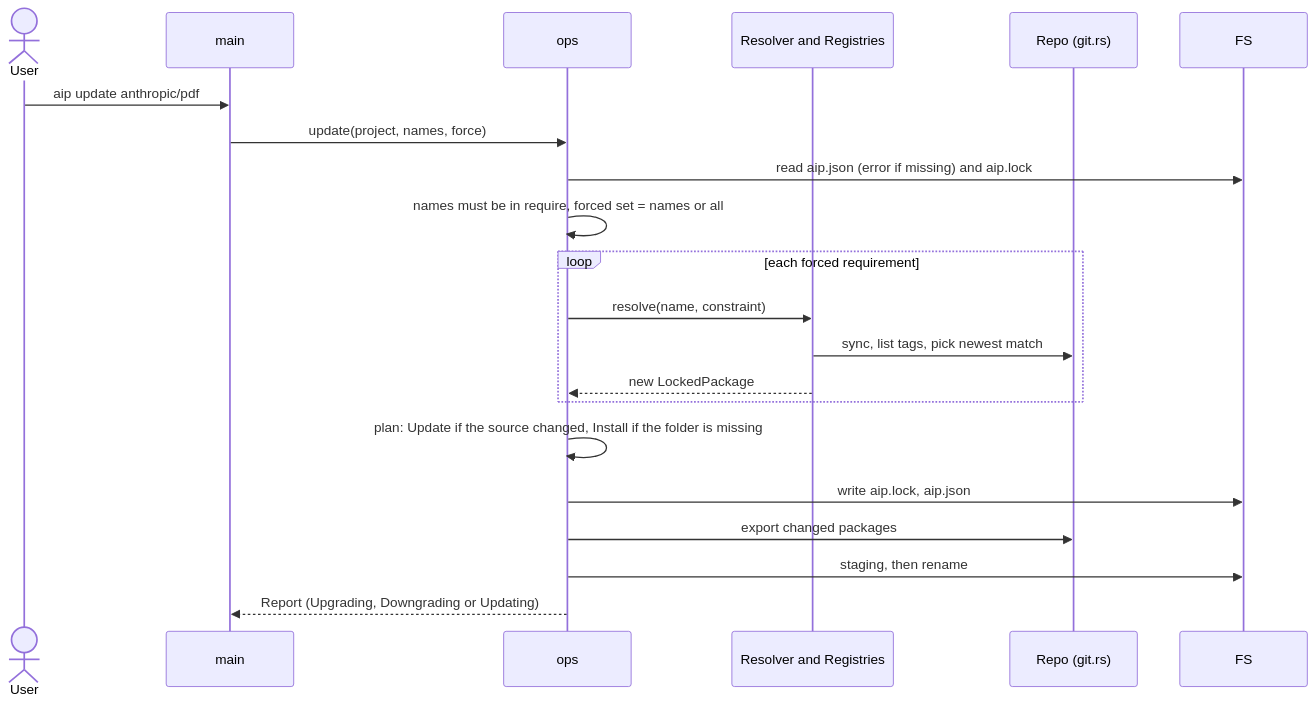
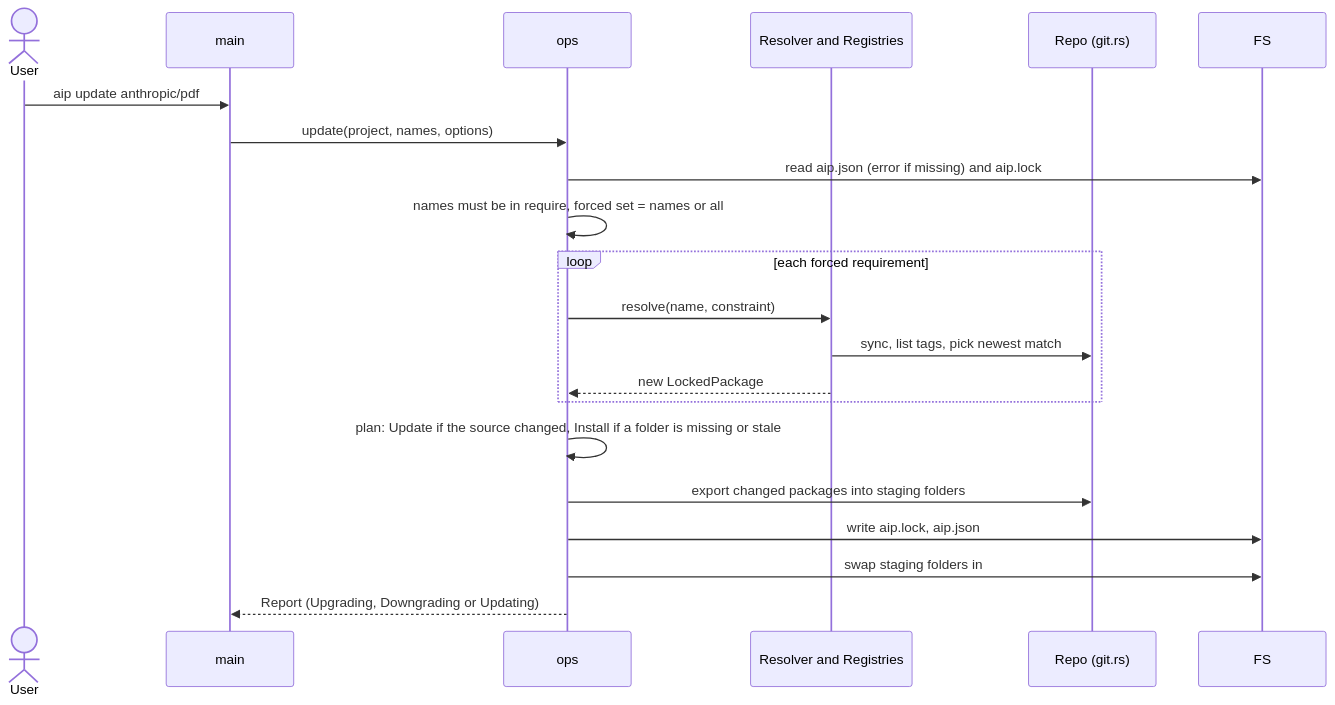
One commit to floriankraemer/ai-package-manger changed the third of 7 diagrams in docs/architecture/arc42/06-runtime-view.md. Above: the diagram before and after it, drawn with Mermaid. The commit also changed other lines of this file and 18 other files, not shown here.

````diff
--- a/docs/architecture/arc42/06-runtime-view.md
+++ b/docs/architecture/arc42/06-runtime-view.md
@@ -83,23 +97,23 @@
 ```mermaid
 sequenceDiagram
     actor U as User
     participant M as main
     participant O as ops
     participant R as Resolver and Registries
     participant G as Repo (git.rs)
     participant F as FS
     U->>M: aip update anthropic/pdf
-    M->>O: update(project, names, force)
+    M->>O: update(project, names, options)
     O->>F: read aip.json (error if missing) and aip.lock
     O->>O: names must be in require, forced set = names or all
     loop each forced requirement
         O->>R: resolve(name, constraint)
         R->>G: sync, list tags, pick newest match
         R-->>O: new LockedPackage
     end
-    O->>O: plan: Update if the source changed, Install if the folder is missing
+    O->>O: plan: Update if the source changed, Install if a folder is missing or stale
+    O->>G: export changed packages into staging folders
     O->>F: write aip.lock, aip.json
-    O->>G: export changed packages
-    O->>F: staging, then rename
+    O->>F: swap staging folders in
     O-->>M: Report (Upgrading, Downgrading or Updating)
 ```
````
